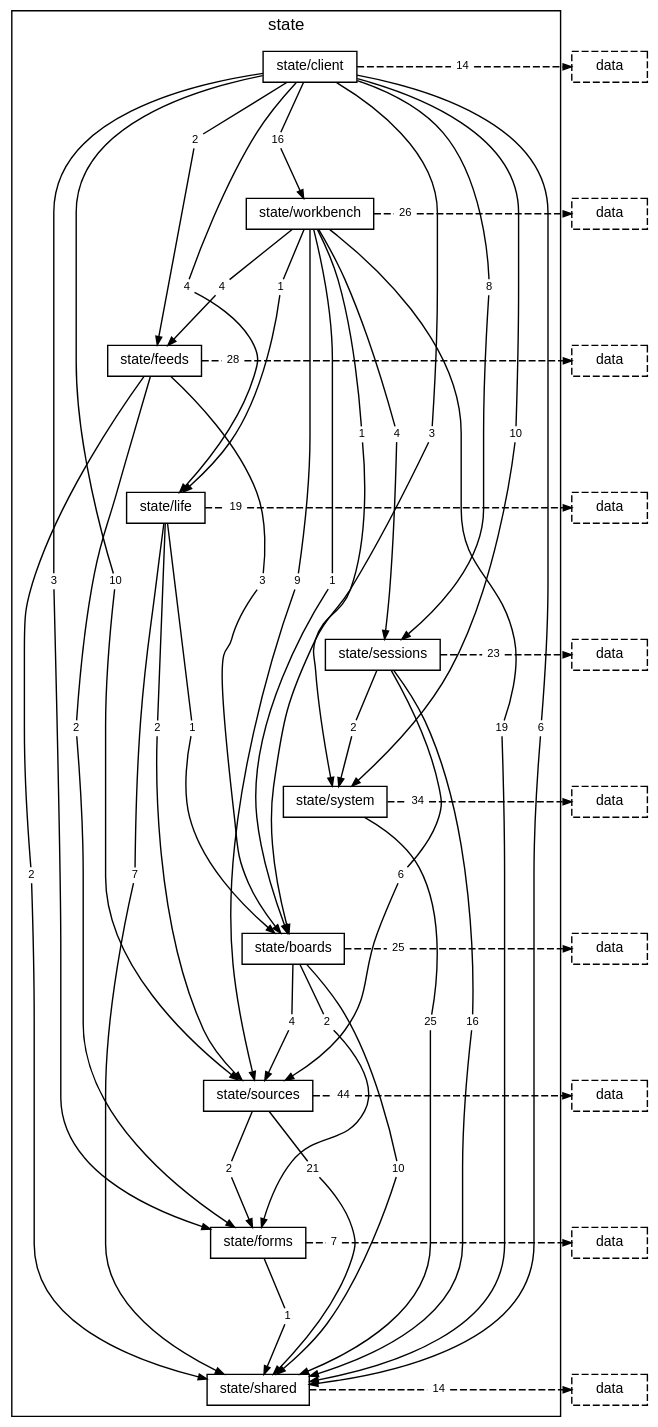
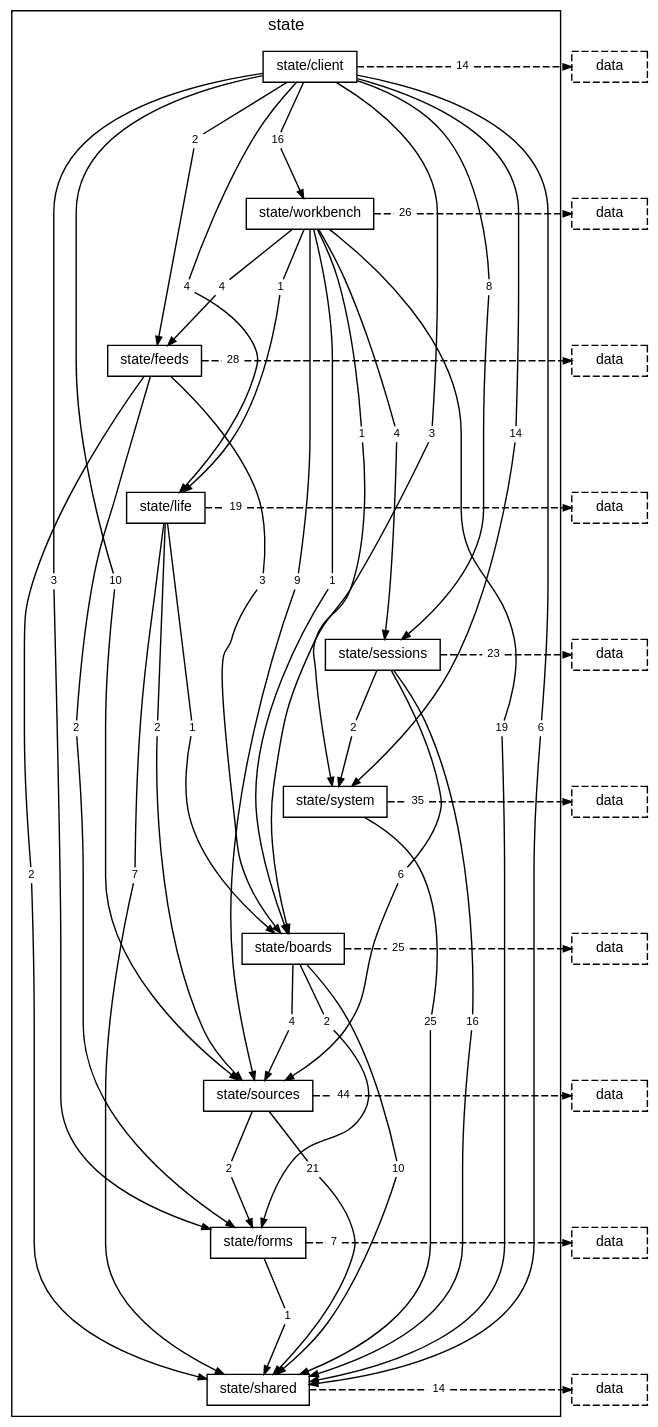
Before and after one commit to TheAxeC/oculus: the diagram in docs/diagrams/layer-state.dot, drawn with Graphviz. The commit also changed 241 other files, not shown here.

```diff
--- a/docs/diagrams/layer-state.dot
+++ b/docs/diagrams/layer-state.dot
@@ -21,7 +21,7 @@
         "folder state/client to folder state/sessions" [label="8", shape=box, color="transparent", fontsize=8, width=0, height=0, margin="0.04,0.02"];
         "folder state/client to folder state/shared" [label="6", shape=box, color="transparent", fontsize=8, width=0, height=0, margin="0.04,0.02"];
         "folder state/client to folder state/sources" [label="10", shape=box, color="transparent", fontsize=8, width=0, height=0, margin="0.04,0.02"];
-        "folder state/client to folder state/system" [label="10", shape=box, color="transparent", fontsize=8, width=0, height=0, margin="0.04,0.02"];
+        "folder state/client to folder state/system" [label="14", shape=box, color="transparent", fontsize=8, width=0, height=0, margin="0.04,0.02"];
         "folder state/client to folder state/workbench" [label="16", shape=box, color="transparent", fontsize=8, width=0, height=0, margin="0.04,0.02"];
         "folder state/client to layer data" [label="14", shape=box, color="transparent", fontsize=8, width=0, height=0, margin="0.04,0.02"];
         "folder state/workbench to folder state/boards" [label="1", shape=box, color="transparent", fontsize=8, width=0, height=0, margin="0.04,0.02"];
@@ -45,7 +45,7 @@
         "folder state/sessions to folder state/system" [label="2", shape=box, color="transparent", fontsize=8, width=0, height=0, margin="0.04,0.02"];
         "folder state/sessions to layer data" [label="23", shape=box, color="transparent", fontsize=8, width=0, height=0, margin="0.04,0.02"];
         "folder state/system to folder state/shared" [label="25", shape=box, color="transparent", fontsize=8, width=0, height=0, margin="0.04,0.02"];
-        "folder state/system to layer data" [label="34", shape=box, color="transparent", fontsize=8, width=0, height=0, margin="0.04,0.02"];
+        "folder state/system to layer data" [label="35", shape=box, color="transparent", fontsize=8, width=0, height=0, margin="0.04,0.02"];
         "folder state/boards to folder state/forms" [label="2", shape=box, color="transparent", fontsize=8, width=0, height=0, margin="0.04,0.02"];
         "folder state/boards to folder state/shared" [label="10", shape=box, color="transparent", fontsize=8, width=0, height=0, margin="0.04,0.02"];
         "folder state/boards to folder state/sources" [label="4", shape=box, color="transparent", fontsize=8, width=0, height=0, margin="0.04,0.02"];
```
